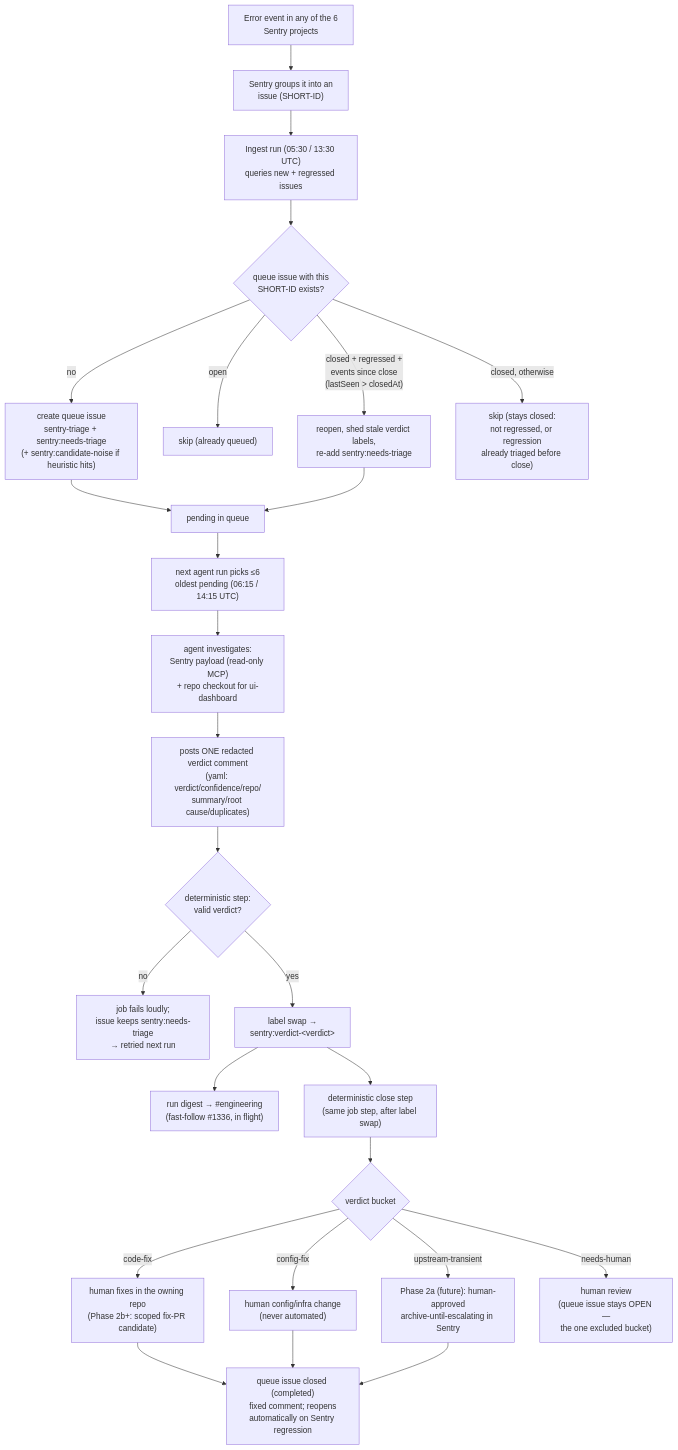
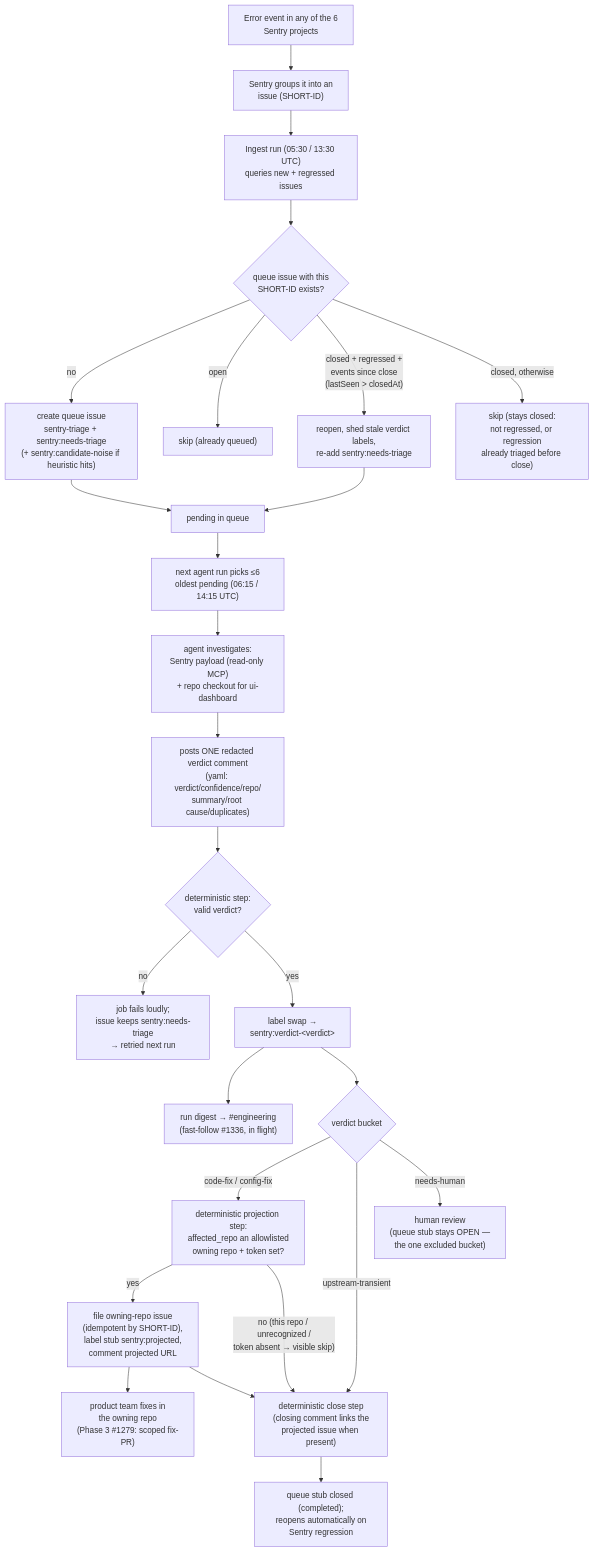
One commit to mento-protocol/monitoring-monorepo changed the second of 2 diagrams in docs/notes/sentry-triage-pipeline.md. Above: the diagram before and after it, drawn with Mermaid. The commit also changed other lines of this file and 11 other files, not shown here.

First line of the commit message:
feat(tooling): project actionable Sentry triage verdicts into owning repos

````diff
--- a/docs/notes/sentry-triage-pipeline.md
+++ b/docs/notes/sentry-triage-pipeline.md
@@ -85,28 +96,28 @@
 ```mermaid
 flowchart TD
     EV["Error event in any of the 6<br/>Sentry projects"] --> GRP["Sentry groups it into an<br/>issue (SHORT-ID)"]
     GRP --> POLL["Ingest run (05:30 / 13:30 UTC)<br/>queries new + regressed issues"]
     POLL --> KNOWN{"queue issue with this<br/>SHORT-ID exists?"}
     KNOWN -- "no" --> CREATE["create queue issue<br/>sentry-triage + sentry:needs-triage<br/>(+ sentry:candidate-noise if heuristic hits)"]
     KNOWN -- "open" --> SKIP["skip (already queued)"]
     KNOWN -- "closed + regressed +<br/>events since close<br/>(lastSeen &gt; closedAt)" --> REOPEN["reopen, shed stale verdict labels,<br/>re-add sentry:needs-triage"]
     KNOWN -- "closed, otherwise" --> STAY["skip (stays closed:<br/>not regressed, or regression<br/>already triaged before close)"]
     CREATE --> PEND["pending in queue"]
     REOPEN --> PEND
     PEND --> BATCH["next agent run picks ≤6<br/>oldest pending (06:15 / 14:15 UTC)"]
     BATCH --> INV["agent investigates:<br/>Sentry payload (read-only MCP)<br/>+ repo checkout for ui-dashboard"]
     INV --> VC["posts ONE redacted verdict comment<br/>(yaml: verdict/confidence/repo/<br/>summary/root cause/duplicates)"]
     VC --> VALID{"deterministic step:<br/>valid verdict?"}
     VALID -- "no" --> FAIL["job fails loudly;<br/>issue keeps sentry:needs-triage<br/>→ retried next run"]
     VALID -- "yes" --> SWAP["label swap →<br/>sentry:verdict-&lt;verdict&gt;"]
     SWAP --> DIGEST["run digest → #engineering<br/>(fast-follow #1336, in flight)"]
-    SWAP --> CLOSESTEP["deterministic close step<br/>(same job step, after label swap)"]
-    CLOSESTEP --> ROUTE{"verdict bucket"}
-    ROUTE -- "code-fix" --> OWN["human fixes in the owning repo<br/>(Phase 2b+: scoped fix-PR candidate)"]
-    ROUTE -- "config-fix" --> CFG["human config/infra change<br/>(never automated)"]
-    ROUTE -- "upstream-transient" --> ARCH["Phase 2a (future): human-approved<br/>archive-until-escalating in Sentry"]
-    ROUTE -- "needs-human" --> REV["human review<br/>(queue issue stays OPEN —<br/>the one excluded bucket)"]
-    OWN --> CLOSED["queue issue closed (completed)<br/>fixed comment; reopens<br/>automatically on Sentry regression"]
-    CFG --> CLOSED
-    ARCH --> CLOSED
+    SWAP --> BUCKET{"verdict bucket"}
+    BUCKET -- "code-fix / config-fix" --> PROJ["deterministic projection step:<br/>affected_repo an allowlisted<br/>owning repo + token set?"]
+    PROJ -- "yes" --> FILE["file owning-repo issue<br/>(idempotent by SHORT-ID),<br/>label stub sentry:projected,<br/>comment projected URL"]
+    PROJ -- "no (this repo / unrecognized /<br/>token absent → visible skip)" --> CLOSESTEP
+    FILE --> OWNFIX["product team fixes in<br/>the owning repo<br/>(Phase 3 #1279: scoped fix-PR)"]
+    FILE --> CLOSESTEP
+    BUCKET -- "upstream-transient" --> CLOSESTEP
+    BUCKET -- "needs-human" --> REV["human review<br/>(queue stub stays OPEN —<br/>the one excluded bucket)"]
+    CLOSESTEP["deterministic close step<br/>(closing comment links the<br/>projected issue when present)"] --> CLOSED["queue stub closed (completed);<br/>reopens automatically on<br/>Sentry regression"]
 ```
````
